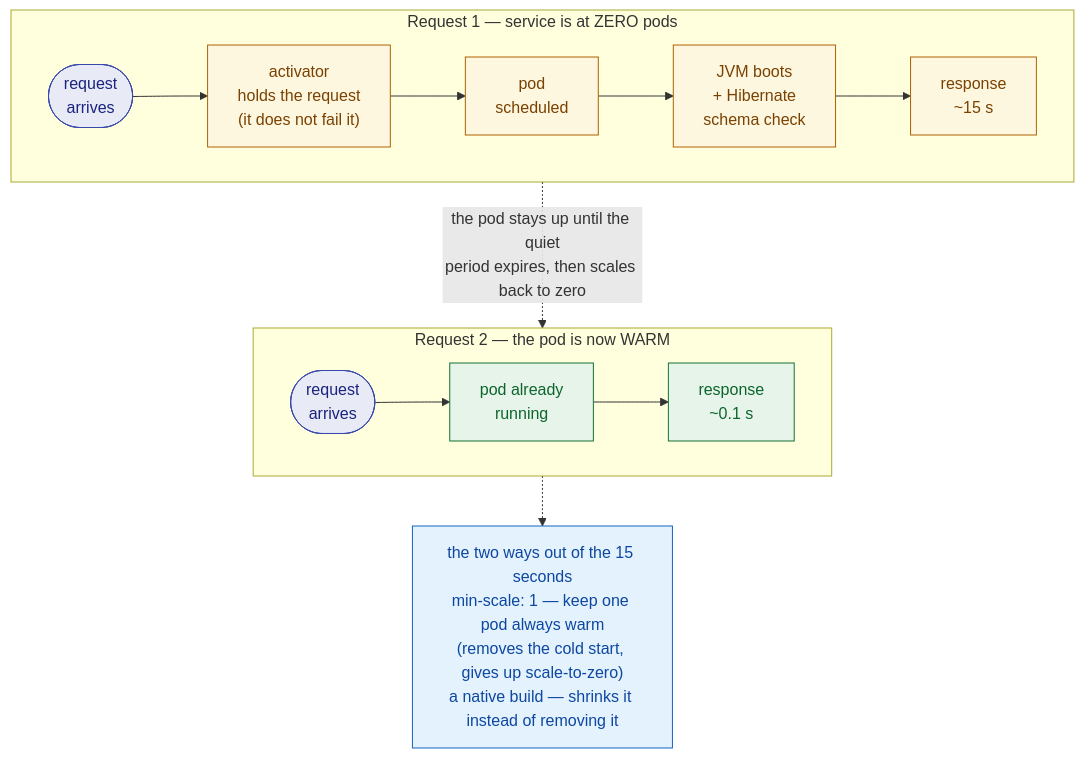
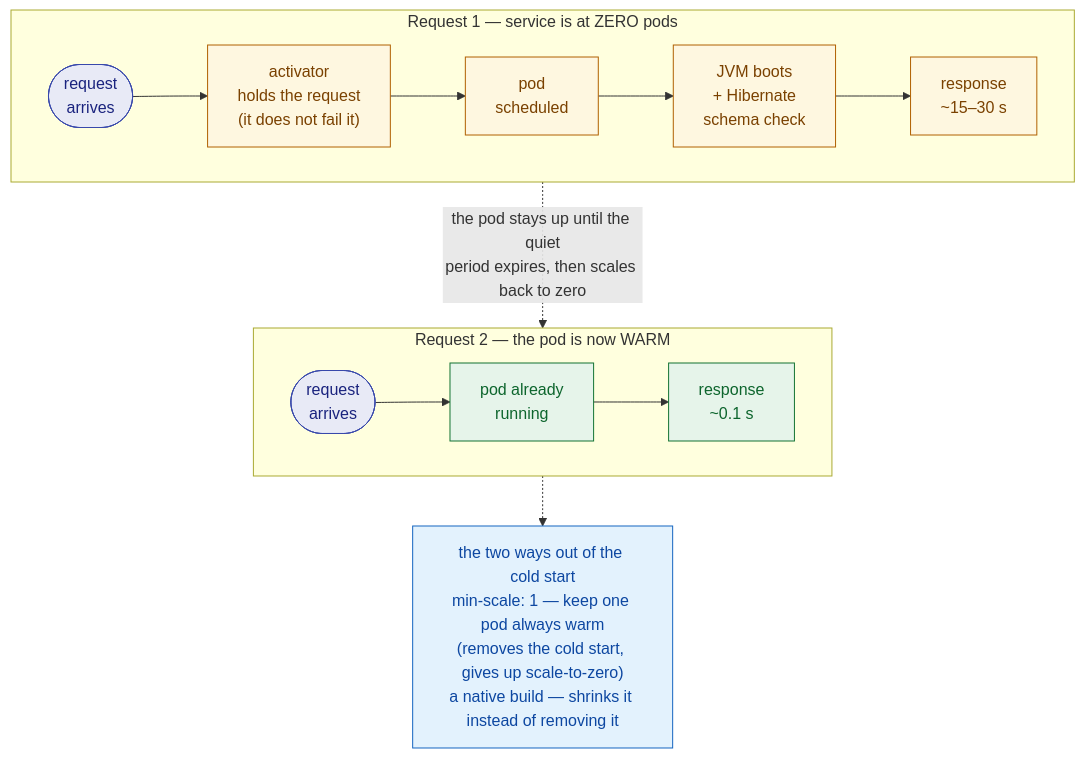
The diagram in content/modules/ROOT/examples/diagrams/serverless-zero-to-hero/02-cold-start-timeline.mmd (serhat-dirik/OCP-Getting-Started-Revamped), drawn with Mermaid before and after one commit. The commit also changed 2 other files, not shown here.

```diff
--- a/content/modules/ROOT/examples/diagrams/serverless-zero-to-hero/02-cold-start-timeline.mmd
+++ b/content/modules/ROOT/examples/diagrams/serverless-zero-to-hero/02-cold-start-timeline.mmd
@@ -1,23 +1,23 @@
 flowchart TB
   subgraph COLD["Request 1 — service is at ZERO pods"]
     direction LR
     R1(["request<br/>arrives"]) --> ACT["activator<br/>holds the request<br/>(it does not fail it)"]
     ACT --> SCH["pod<br/>scheduled"]
     SCH --> JVM["JVM boots<br/>+ Hibernate<br/>schema check"]
-    JVM --> RESP1["response<br/>~15 s"]
+    JVM --> RESP1["response<br/>~15–30 s"]
   end
   subgraph WARM["Request 2 — the pod is now WARM"]
     direction LR
     R2(["request<br/>arrives"]) --> POD["pod already<br/>running"] --> RESP2["response<br/>~0.1 s"]
   end
   COLD -.->|"the pod stays up until the quiet<br/>period expires, then scales back to zero"| WARM
-  FIX["the two ways out of the 15 seconds<br/>min-scale: 1 — keep one pod always warm<br/>(removes the cold start, gives up scale-to-zero)<br/>a native build — shrinks it instead of removing it"]
+  FIX["the two ways out of the cold start<br/>min-scale: 1 — keep one pod always warm<br/>(removes the cold start, gives up scale-to-zero)<br/>a native build — shrinks it instead of removing it"]
   WARM -.-> FIX
   classDef wait fill:#fef7e0,stroke:#b06000,color:#7a4100;
   classDef good fill:#e6f4ea,stroke:#137333,color:#0d652d;
   classDef svc fill:#e8eaf6,stroke:#3949ab,color:#1a237e;
   classDef note fill:#e3f2fd,stroke:#1565c0,color:#0d47a1;
   class R1,R2 svc;
   class ACT,SCH,JVM,RESP1 wait;
   class POD,RESP2 good;
   class FIX note;
```
